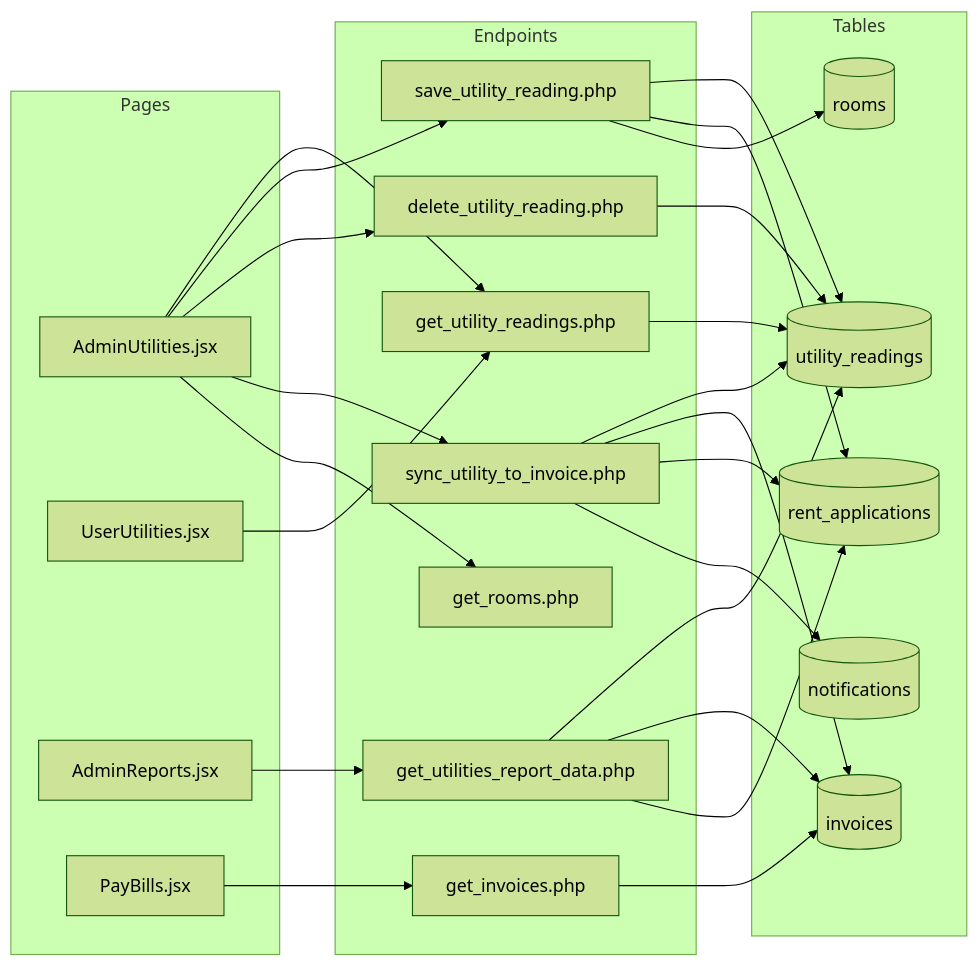
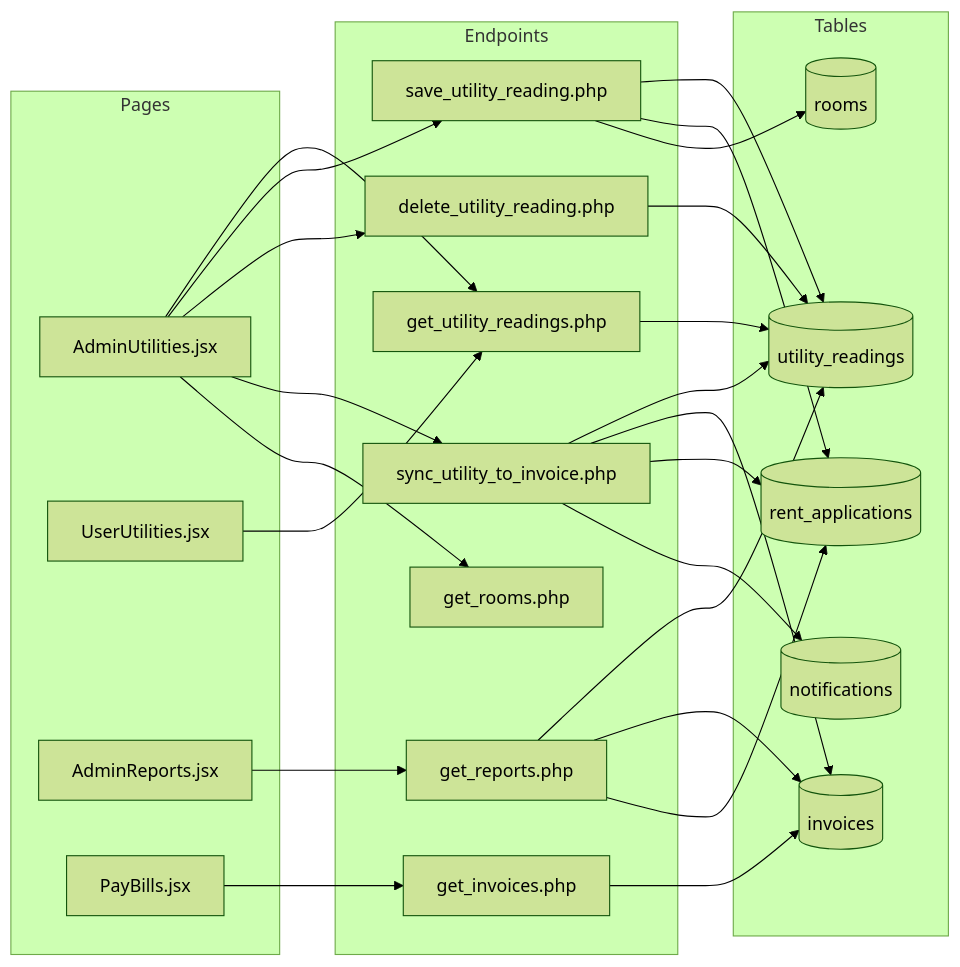
One commit to Keonbe/ApartmentManagementSystem_React changed diagram 18 of 36 in docs/documentation/module_verification_guide.md. Above: the diagram before and after it, drawn with Mermaid (forest theme). The commit also changed other lines of this file and 20 other files, not shown here.

````diff
--- a/docs/documentation/module_verification_guide.md
+++ b/docs/documentation/module_verification_guide.md
@@ -1697,35 +1695,35 @@
 ```mermaid
 flowchart LR
     subgraph Pages
         AU[AdminUtilities.jsx]
         UU[UserUtilities.jsx]
         AR[AdminReports.jsx]
         PB[PayBills.jsx]
     end
     subgraph Endpoints
         E1[get_utility_readings.php]
         E2[save_utility_reading.php]
         E3[delete_utility_reading.php]
         E4[sync_utility_to_invoice.php]
-        E5[get_utilities_report_data.php]
+        E5[get_reports.php]
         E6[get_rooms.php]
         E7[get_invoices.php]
     end
     subgraph Tables
         T1[(utility_readings)]
         T2[(invoices)]
         T3[(rent_applications)]
         T4[(rooms)]
         T5[(notifications)]
     end
     AU --> E1 & E2 & E3 & E4 & E6
     UU --> E1
     AR --> E5
     PB --> E7
     E1 --> T1
     E2 --> T1 & T3 & T4
     E3 --> T1
     E4 --> T1 & T2 & T3 & T5
     E5 --> T1 & T2 & T3
     E7 --> T2
 ```
````
